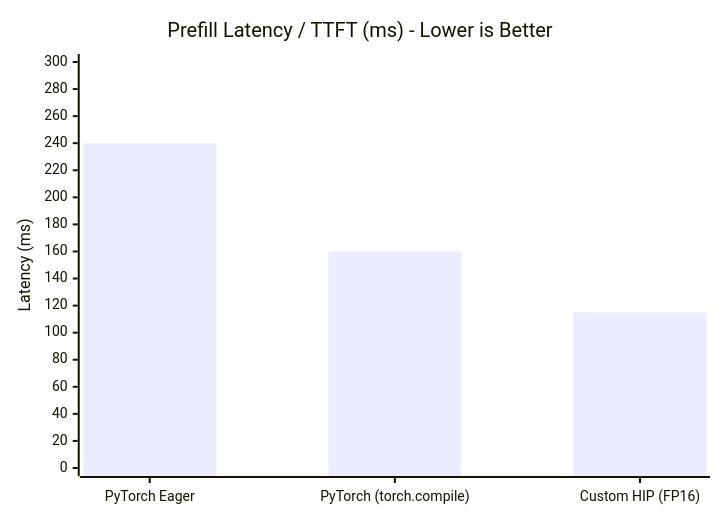
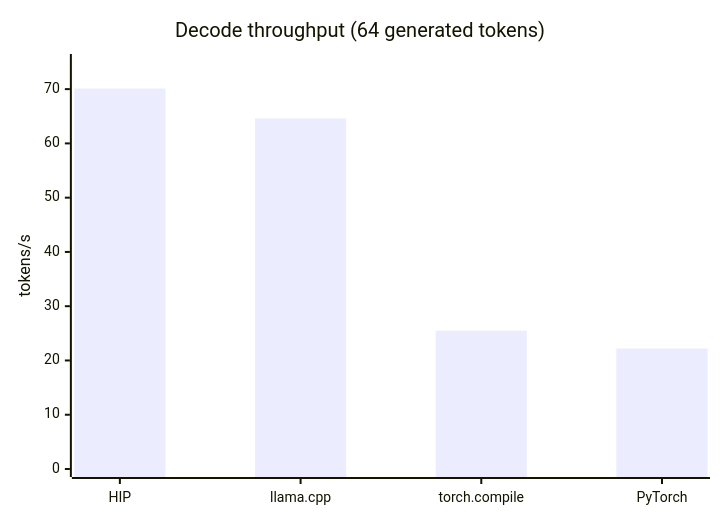
The second of 4 diagrams in README.md (MarcVivas/llm-inference), drawn with Mermaid before and after one commit. The commit also changed other lines of this file and 14 other files, not shown here.

````diff
--- a/README.md
+++ b/README.md
@@ -65,7 +33,7 @@
 ```mermaid
 xychart-beta
-    title "Prefill Latency / TTFT (ms) - Lower is Better"
-    x-axis ["PyTorch Eager", "PyTorch (torch.compile)", "Custom HIP (FP16)"]
-    y-axis "Latency (ms)" 0 --> 300
-    bar [240, 160, 115]
+    title "Decode throughput (64 generated tokens)"
+    x-axis ["HIP", "llama.cpp", "torch.compile", "PyTorch"]
+    y-axis "tokens/s" 0 --> 75
+    bar [70.1, 64.6, 25.5, 22.2]
 ```
````
